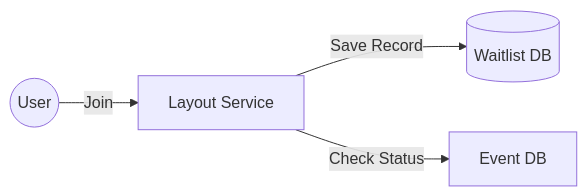
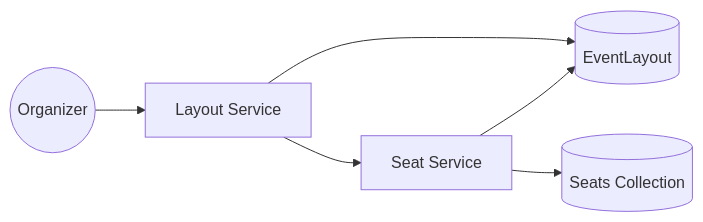
One commit to SDN-Group5/Event-Ticketing-Platform changed diagram 17 of 42 in doc/UML/Nam_BookingOrg.md. Above: the diagram before and after it, drawn with Mermaid. The commit also changed other lines of this file and 2 other files, not shown here.

````diff
--- a/doc/UML/Nam_BookingOrg.md
+++ b/doc/UML/Nam_BookingOrg.md
@@ -147,6 +465,8 @@
 ```mermaid
 graph LR
-    U((User)) -- Join --> L[Layout Service]
-    L -- Save Record --> DB[(Waitlist DB)]
-    L -- Check Status --> E[Event DB]
+    O((Organizer)) --> LS[Layout Service]
+    LS --> DB[(EventLayout)]
+    LS --> SS[Seat Service]
+    SS --> SDB[(Seats Collection)]
+    SS --> DB
 ```
````
